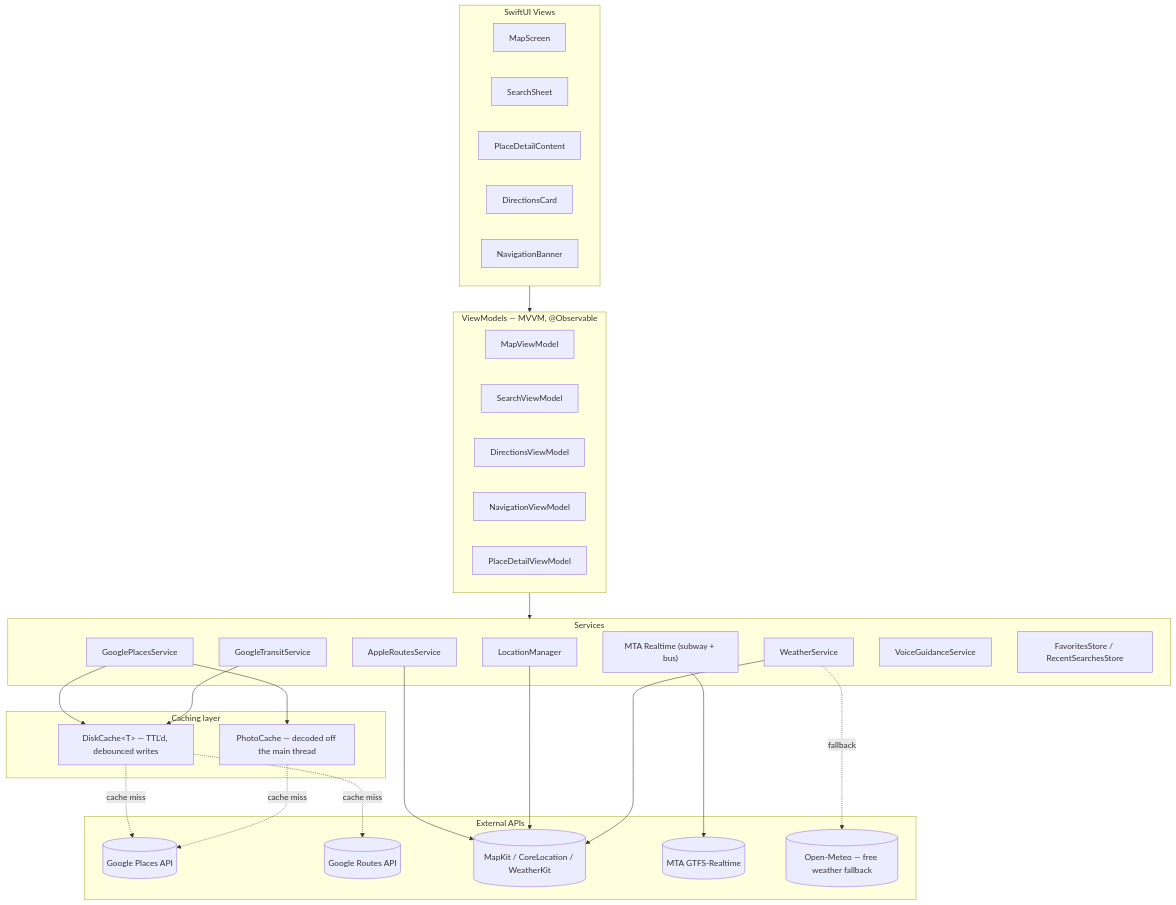
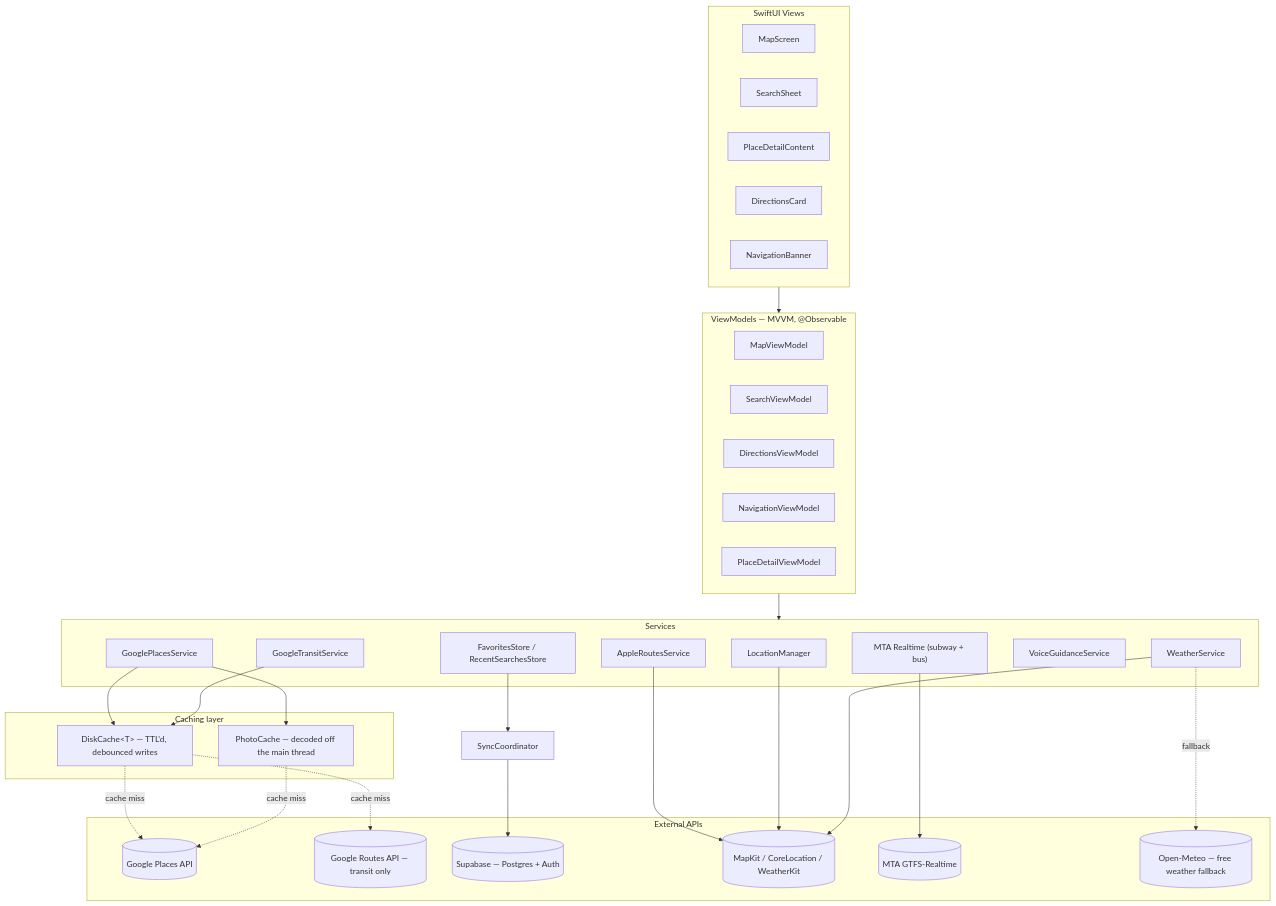
Before and after one commit to xDaniel1/waypoint-ios: the diagram in README.md, drawn with Mermaid. The commit also changed other lines of this file and 8 other files, not shown here.

Commit message:
keep the google key out of photo urls, check we matched the right place, and stop live api tests failing the suite

````diff
--- a/README.md
+++ b/README.md
@@ -97,55 +126,57 @@
 ```mermaid
 flowchart TD
     subgraph UI["SwiftUI Views"]
         MapScreen
         SearchSheet
         PlaceDetailContent
         DirectionsCard
         NavigationBanner
     end
 
     subgraph VM["ViewModels — MVVM, @Observable"]
         MapViewModel
         SearchViewModel
         DirectionsViewModel
         NavigationViewModel
         PlaceDetailViewModel
     end
 
     subgraph Services["Services"]
         LocationManager
         GooglePlacesService
         GoogleTransitService
         AppleRoutesService
         MTARealtime["MTA Realtime (subway + bus)"]
         WeatherService
         VoiceGuidanceService
         LocalStores["FavoritesStore / RecentSearchesStore"]
     end
 
     subgraph Cache["Caching layer"]
         DiskCache["DiskCache&lt;T&gt; — TTL'd, debounced writes"]
         PhotoCache["PhotoCache — decoded off the main thread"]
     end
 
     subgraph External["External APIs"]
         GooglePlacesAPI[("Google Places API")]
-        GoogleRoutesAPI[("Google Routes API")]
+        GoogleRoutesAPI[("Google Routes API — transit only")]
+        SupabaseAPI[("Supabase — Postgres + Auth")]
         AppleFrameworks[("MapKit / CoreLocation / WeatherKit")]
         MTAFeeds[("MTA GTFS-Realtime")]
         OpenMeteo[("Open-Meteo — free weather fallback")]
     end
 
     UI --> VM --> Services
     GooglePlacesService --> DiskCache
     GooglePlacesService --> PhotoCache
     GoogleTransitService --> DiskCache
     DiskCache -. cache miss .-> GooglePlacesAPI
     DiskCache -. cache miss .-> GoogleRoutesAPI
     PhotoCache -. cache miss .-> GooglePlacesAPI
     AppleRoutesService --> AppleFrameworks
     LocationManager --> AppleFrameworks
     MTARealtime --> MTAFeeds
     WeatherService --> AppleFrameworks
     WeatherService -. fallback .-> OpenMeteo
+    LocalStores --> SyncCoordinator --> SupabaseAPI
 ```
````
